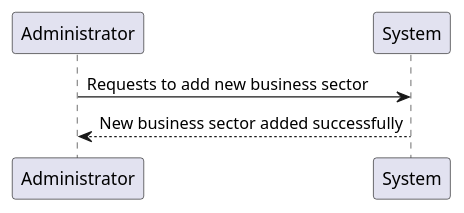
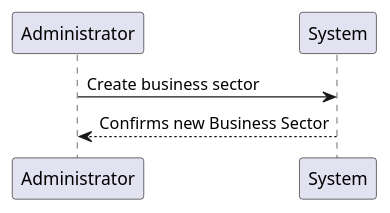
Before and after one commit to ivo-menezes/project_g3: the diagram in docs/modelling_design/user_stories/us008/US008_AddBusinessSectorSSD.puml, drawn with PlantUML.

Commit message:
US008: Analysis: Updated SSD.

```diff
--- a/docs/modelling_design/user_stories/us008/US008_AddBusinessSectorSSD.puml
+++ b/docs/modelling_design/user_stories/us008/US008_AddBusinessSectorSSD.puml
@@ -1,7 +1,8 @@
 @startuml
 'https://plantuml.com/sequence-diagram
 
-Administrator -> System: Requests to add new business sector
-Administrator <-- System: New business sector added successfully
-
+'Administrator -> System: Requests to add new business sector
+'Administrator <-- System: New business sector added successfully
+Administrator -> System: Create business sector
+Administrator <-- System: Confirms new Business Sector
 @enduml
```
